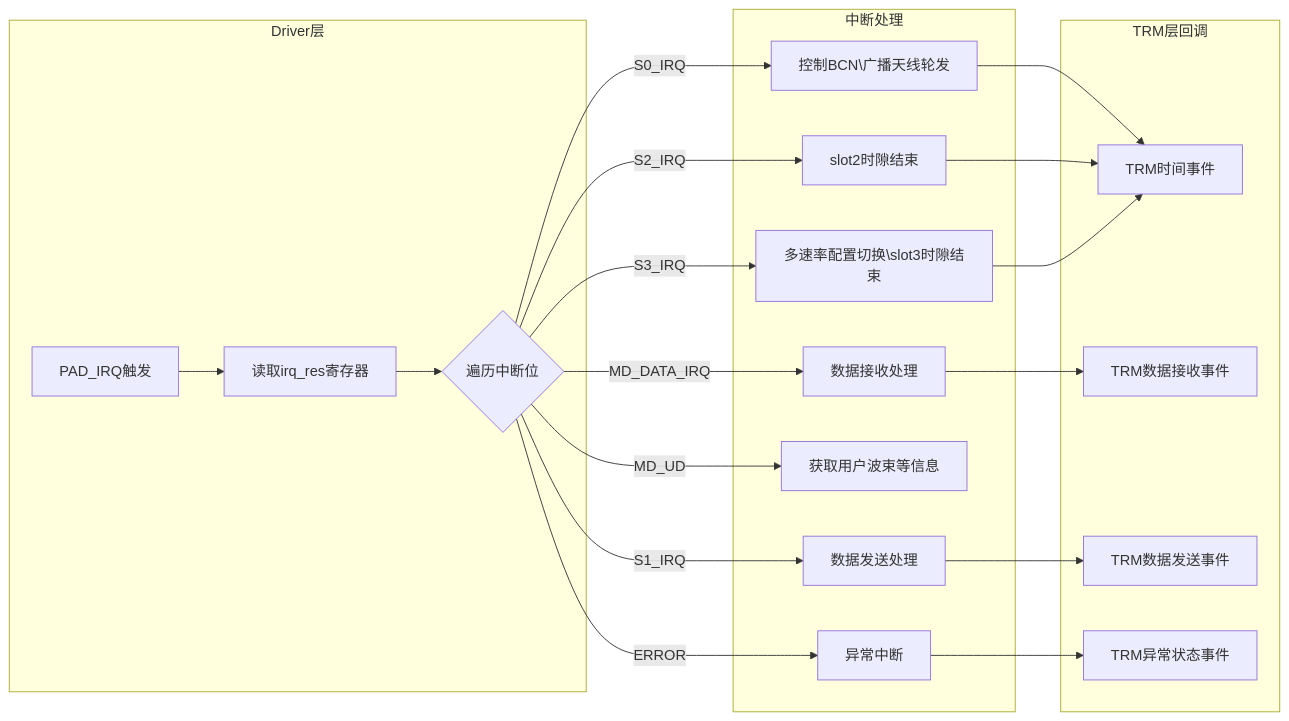
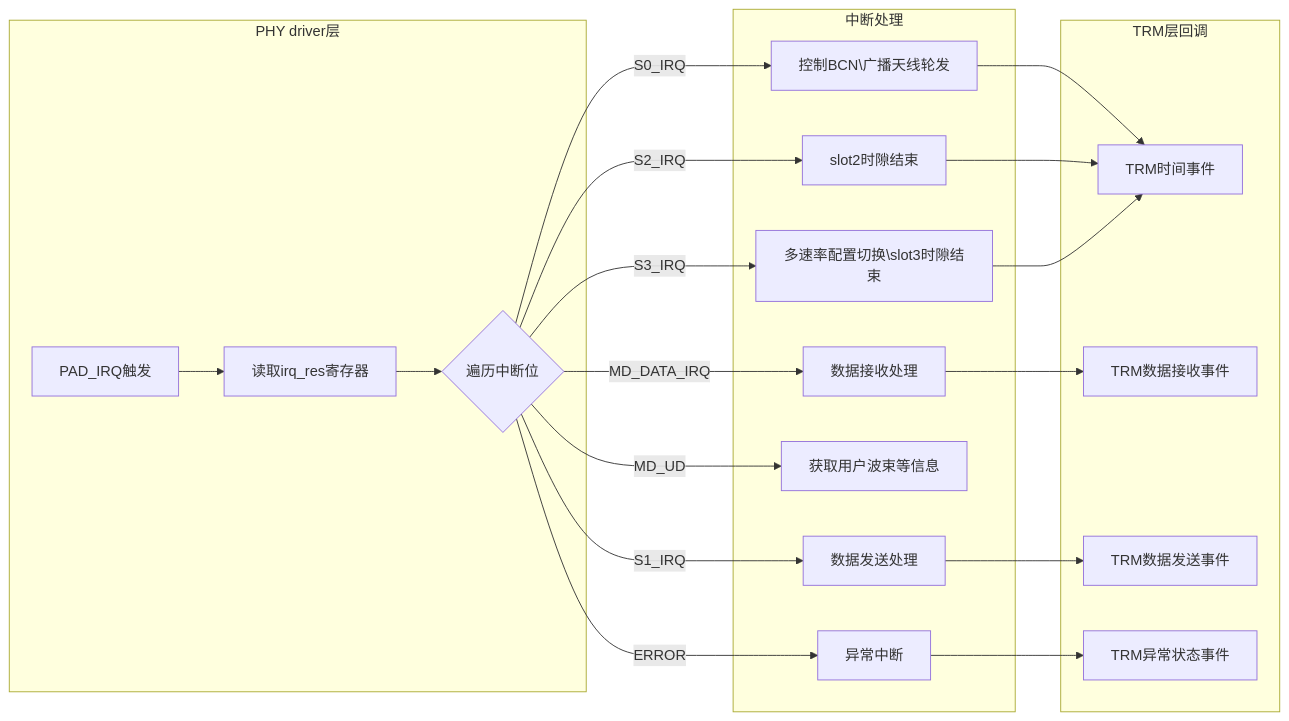
Before and after one commit to jhh525097562/tk8710_hal_v1.3: the tenth of 13 diagrams in docs/8710_HAL编程指南-v0.02.md, drawn with Mermaid. The commit also changed other lines of this file and 8 other files, not shown here.

````diff
--- a/docs/8710_HAL编程指南-v0.02.md
+++ b/docs/8710_HAL编程指南-v0.02.md
@@ -505,24 +1534,24 @@
 ```mermaid
 flowchart LR
-    subgraph Driver层
+    subgraph PHY driver层
         IRQ[PAD_IRQ触发] --> READ[读取irq_res寄存器]
         READ --> LOOP{遍历中断位}
     end
-    
+  
     subgraph 中断处理
         LOOP -->|S0_IRQ| S0[控制BCN\广播天线轮发]
         LOOP -->|S1_IRQ| S1[数据发送处理]
         LOOP -->|S2_IRQ| S2[slot2时隙结束]
         LOOP -->|S3_IRQ| S3[多速率配置切换\slot3时隙结束]
         LOOP -->|MD_UD | MD_UD[获取用户波束等信息]
         LOOP -->|MD_DATA_IRQ| DATA[数据接收处理]
         LOOP -->|ERROR| ERROR[异常中断]
     end
-    
+  
     subgraph TRM层回调
         S0 & S2 & S3 --> TIME_CB[TRM时间事件]
         DATA --> RX_CB[TRM数据接收事件]
         S1 --> TX_CB[TRM数据发送事件]
 		ERROR --> ERROR_CB[TRM异常状态事件]
     end
 ```
````
